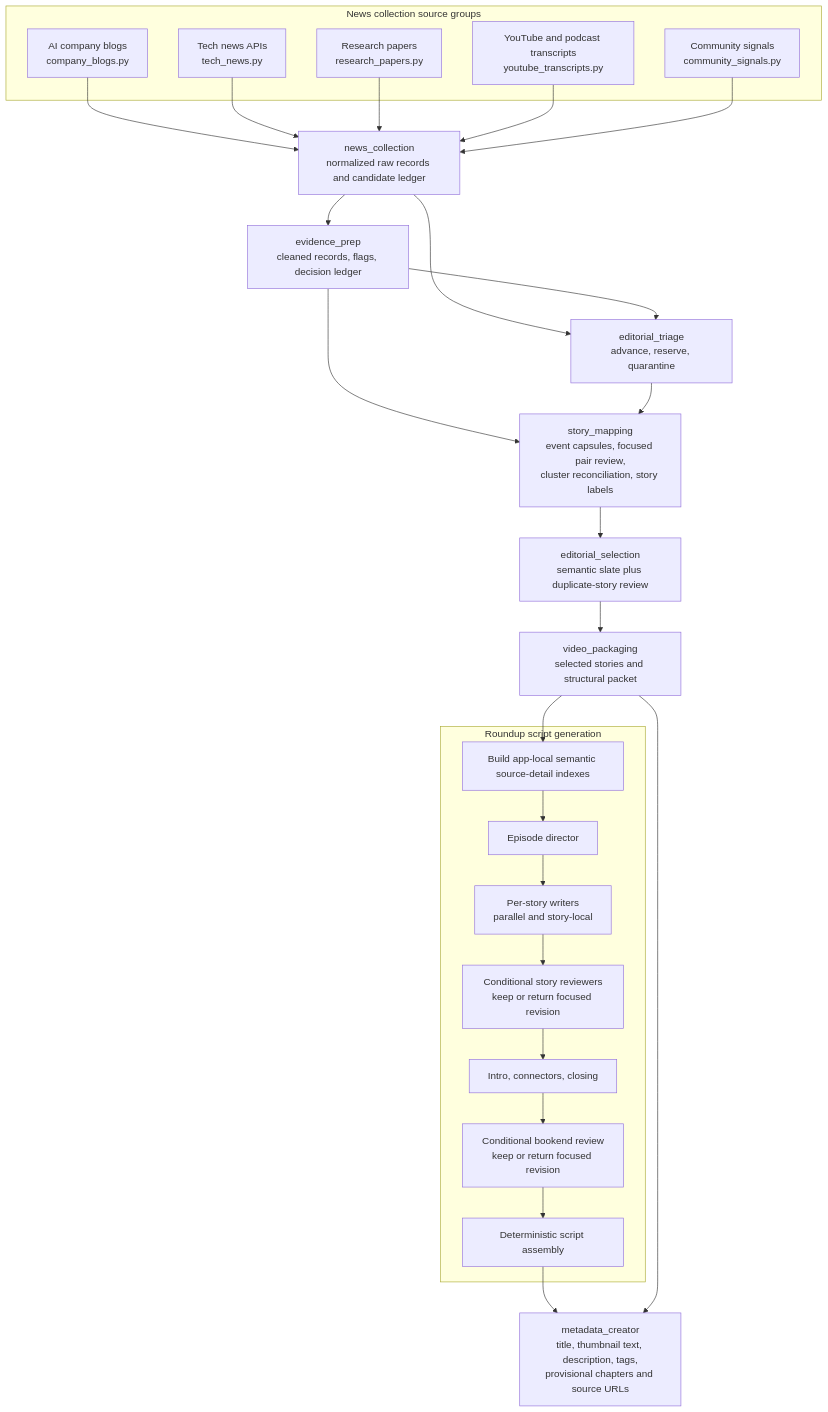
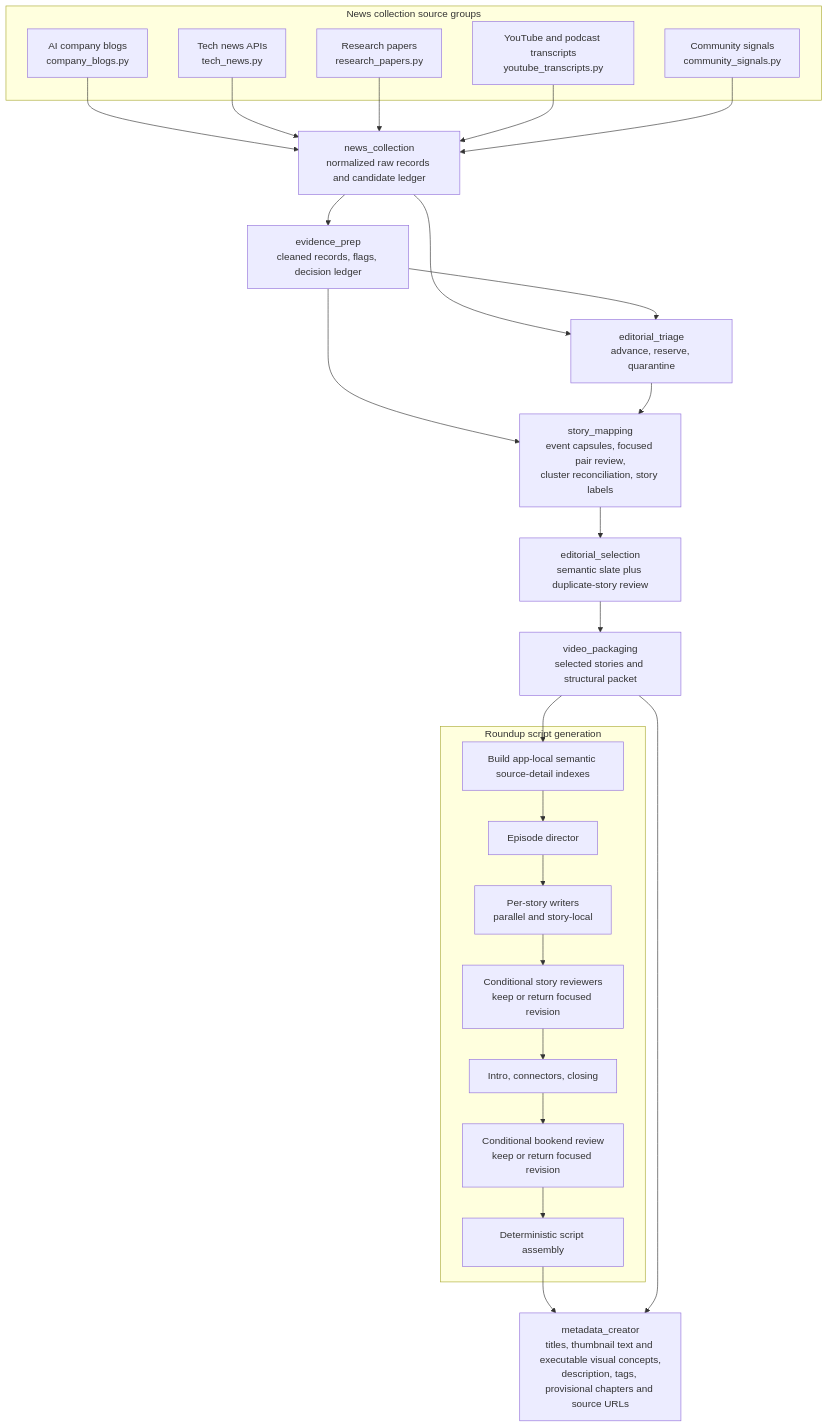
The third of 7 diagrams in docs/current_system_architecture.md (Eswar021/ai-news-pipeline), drawn with Mermaid before and after one commit. The commit also changed other lines of this file and 173 other files, not shown here.

````diff
--- a/docs/current_system_architecture.md
+++ b/docs/current_system_architecture.md
@@ -184,44 +198,44 @@
 ```mermaid
 flowchart TD
     subgraph collectors[News collection source groups]
         blogs[AI company blogs<br/>company_blogs.py]
         news[Tech news APIs<br/>tech_news.py]
         papers[Research papers<br/>research_papers.py]
         youtube[YouTube and podcast transcripts<br/>youtube_transcripts.py]
         community[Community signals<br/>community_signals.py]
     end
 
     collection[news_collection<br/>normalized raw records and candidate ledger]
     evidence[evidence_prep<br/>cleaned records, flags, decision ledger]
     triage[editorial_triage<br/>advance, reserve, quarantine]
     mapping[story_mapping<br/>event capsules, focused pair review,<br/>cluster reconciliation, story labels]
     selection[editorial_selection<br/>semantic slate plus duplicate-story review]
     packaging[video_packaging<br/>selected stories and structural packet]
 
     subgraph writing[Roundup script generation]
         truth[Build app-local semantic source-detail indexes]
         director[Episode director]
         writers[Per-story writers<br/>parallel and story-local]
         review[Conditional story reviewers<br/>keep or return focused revision]
         bookends[Intro, connectors, closing]
         bookendReview[Conditional bookend review<br/>keep or return focused revision]
         assembly[Deterministic script assembly]
         truth --> director --> writers --> review --> bookends --> bookendReview --> assembly
     end
 
-    metadata[metadata_creator<br/>title, thumbnail text, description, tags,<br/>provisional chapters and source URLs]
+    metadata[metadata_creator<br/>titles, thumbnail text and executable visual concepts,<br/>description, tags, provisional chapters and source URLs]
 
     blogs --> collection
     news --> collection
     papers --> collection
     youtube --> collection
     community --> collection
     collection --> evidence
     collection --> triage
     evidence --> triage
     evidence --> mapping
     triage --> mapping
     mapping --> selection --> packaging --> truth
     assembly --> metadata
     packaging --> metadata
 ```
````
